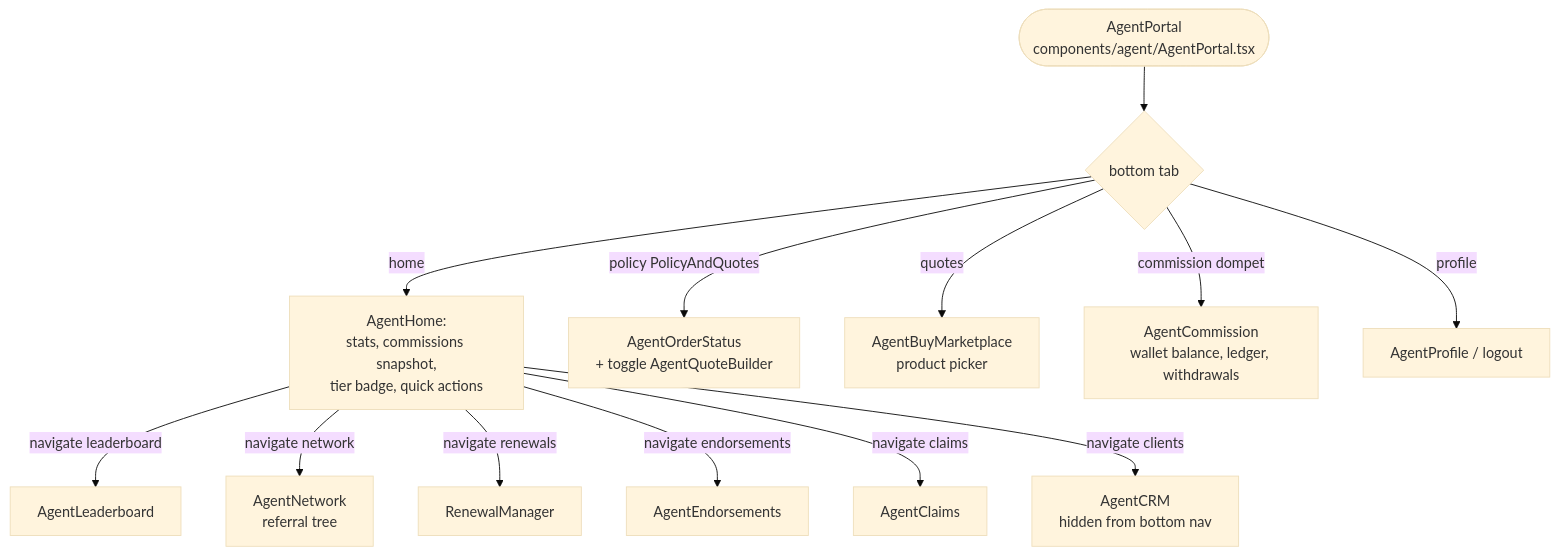
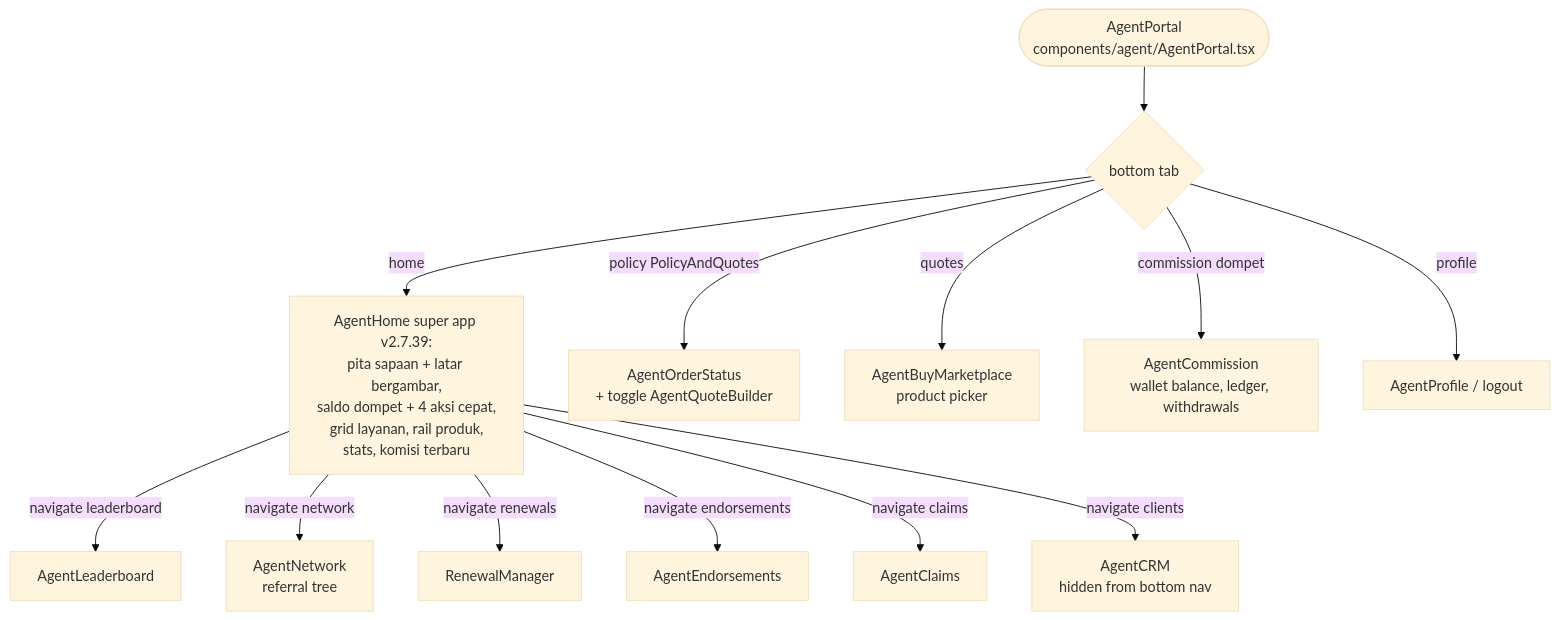
Before and after one commit to roollaanndd/surepath: the fifth of 12 diagrams in docs/APP_FLOWCHART.md, drawn with Mermaid (base theme). The commit also changed 7 other files, not shown here.

````diff
--- a/docs/APP_FLOWCHART.md
+++ b/docs/APP_FLOWCHART.md
@@ -217,18 +217,18 @@
 ```mermaid
 flowchart TD
     AP([AgentPortal\ncomponents/agent/AgentPortal.tsx])
     AP --> AT{bottom tab}
 
-    AT -- home --> AH[AgentHome:\nstats, commissions snapshot,\ntier badge, quick actions]
+    AT -- home --> AH[AgentHome super app v2.7.39:\npita sapaan + latar bergambar,\nsaldo dompet + 4 aksi cepat,\ngrid layanan, rail produk,\nstats, komisi terbaru]
     AT -- policy PolicyAndQuotes --> PQ[AgentOrderStatus\n+ toggle AgentQuoteBuilder]
     AT -- quotes --> ABM[AgentBuyMarketplace\nproduct picker]
     AT -- commission dompet --> AWALLET[AgentCommission\nwallet balance, ledger, withdrawals]
     AT -- profile --> APROF[AgentProfile / logout]
 
     AH -->|navigate leaderboard| ALeader[AgentLeaderboard]
     AH -->|navigate network| ANet[AgentNetwork\nreferral tree]
     AH -->|navigate renewals| ARen[RenewalManager]
     AH -->|navigate endorsements| AEnd[AgentEndorsements]
     AH -->|navigate claims| ACl[AgentClaims]
     AH -->|navigate clients| ACRM[AgentCRM\nhidden from bottom nav]
 ```
````
